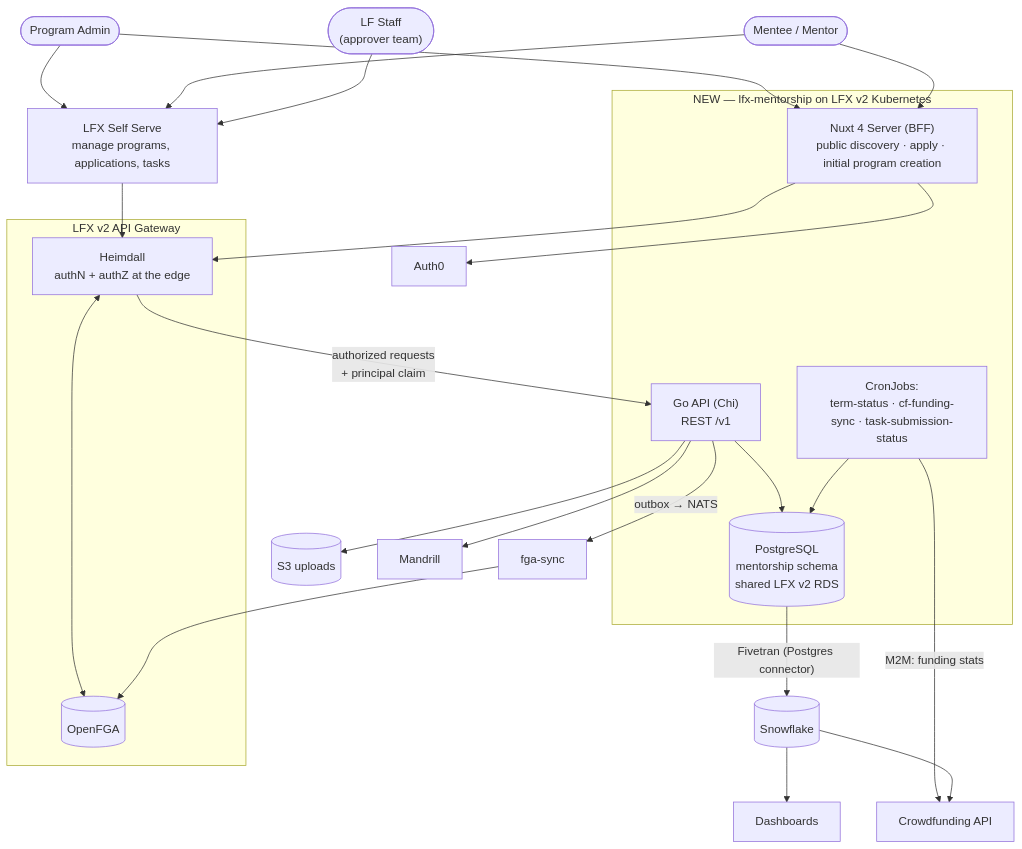
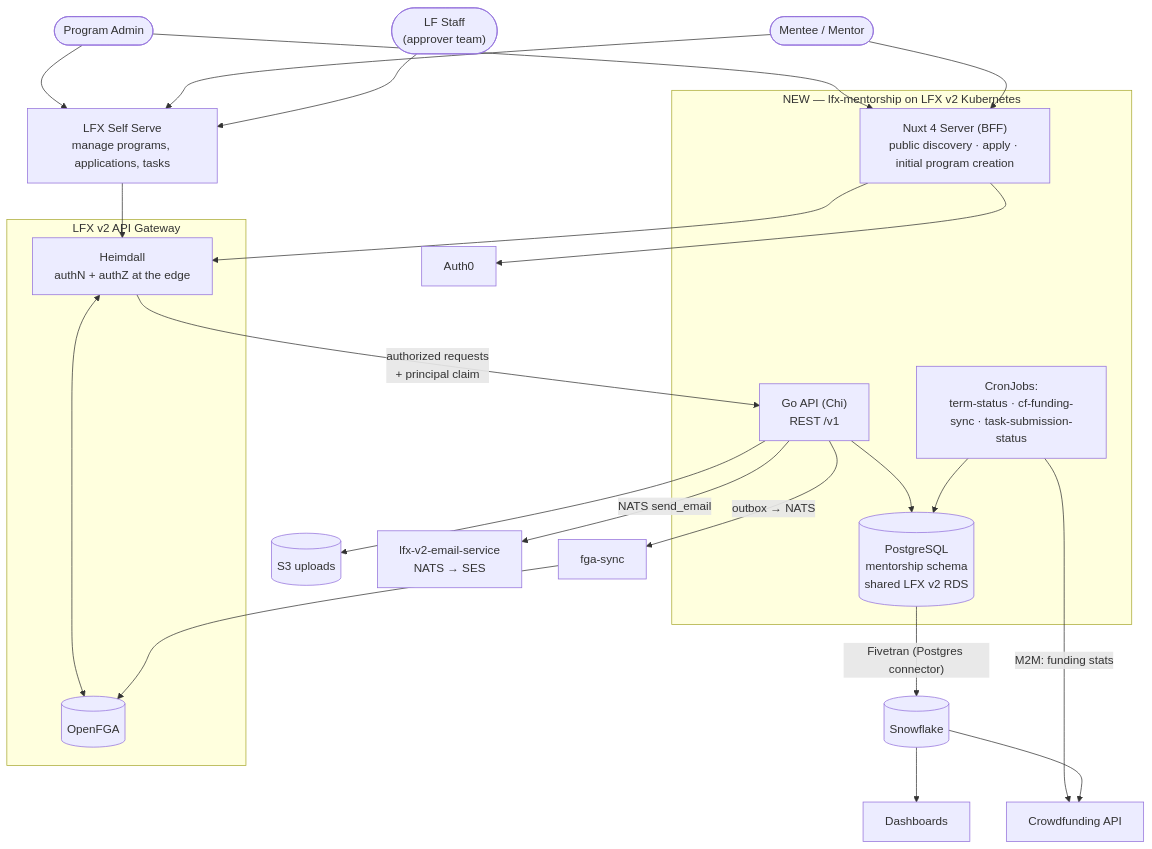
The first of 2 diagrams in docs/rewrite/02-target-architecture.md (linuxfoundation/lfx-mentorship), drawn with Mermaid before and after one commit. The commit also changed other lines of this file and 2 other files, not shown here.

````diff
--- a/docs/rewrite/02-target-architecture.md
+++ b/docs/rewrite/02-target-architecture.md
@@ -22,45 +22,45 @@
 ```mermaid
 flowchart TB
     ADMIN(["Program Admin"])
     USERS(["Mentee / Mentor"])
     SUPER(["LF Staff<br/>(approver team)"])
 
     subgraph GW["LFX v2 API Gateway"]
         HEIMDALL["Heimdall<br/>authN + authZ at the edge"]
         FGA[("OpenFGA")]
     end
 
     subgraph K8S["NEW — lfx-mentorship on LFX v2 Kubernetes"]
         NUXT["Nuxt 4 Server (BFF)<br/>public discovery · apply · initial program creation"]
         API["Go API (Chi)<br/>REST /v1"]
         PG[("PostgreSQL<br/>mentorship schema<br/>shared LFX v2 RDS")]
         CRONS["CronJobs:<br/>term-status · cf-funding-sync · task-submission-status"]
     end
 
     SS["LFX Self Serve<br/>manage programs, applications, tasks"]
     SYNC["fga-sync"]
     AUTH0["Auth0"]
     S3[("S3 uploads")]
-    MANDRILL["Mandrill"]
+    EMAIL["lfx-v2-email-service<br/>NATS → SES"]
     CFAPI["Crowdfunding API"]
     SF[("Snowflake")]
     DASH["Dashboards"]
 
     ADMIN & USERS --> NUXT
     ADMIN & USERS & SUPER --> SS
     NUXT --> HEIMDALL
     SS --> HEIMDALL
     HEIMDALL <--> FGA
     HEIMDALL -- "authorized requests<br/>+ principal claim" --> API
     NUXT --> AUTH0
     API --> PG
     API --> S3
-    API --> MANDRILL
+    API -- "NATS send_email" --> EMAIL
     API -- "outbox → NATS" --> SYNC
     SYNC --> FGA
     CRONS --> PG
     CRONS -- "M2M: funding stats" --> CFAPI
     PG -- "Fivetran (Postgres connector)" --> SF
     SF --> DASH
     SF --> CFAPI
 ```
````
